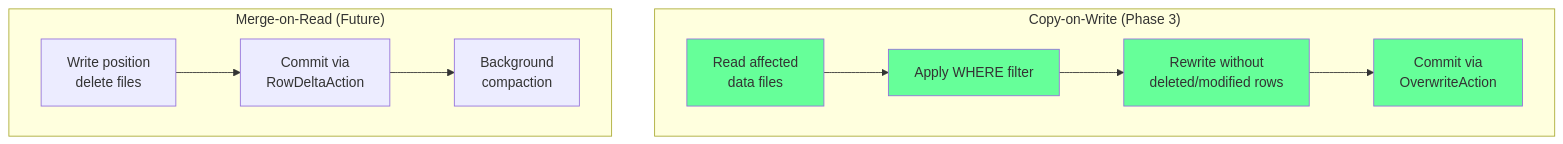
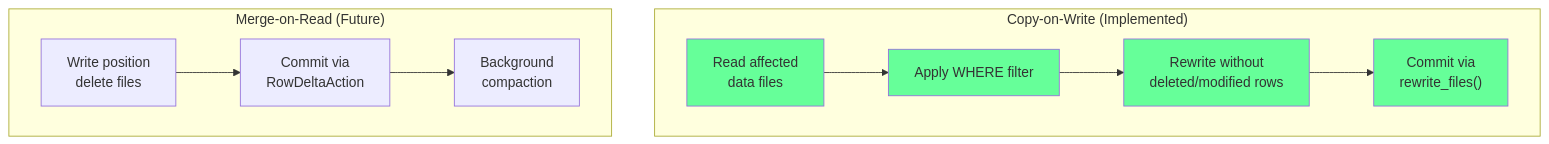
Before and after one commit to schubergphilis/sqe: the second of 4 diagrams in docs/book/src/development/roadmap.md, drawn with Mermaid. The commit also changed other lines of this file and 10 other files, not shown here.

````diff
--- a/docs/book/src/development/roadmap.md
+++ b/docs/book/src/development/roadmap.md
@@ -109,18 +75,18 @@
 ```mermaid
 graph TB
-    subgraph "Copy-on-Write (Phase 3)"
+    subgraph "Copy-on-Write (Implemented)"
         READ["Read affected<br/>data files"] --> FILTER["Apply WHERE filter"]
         FILTER --> REWRITE["Rewrite without<br/>deleted/modified rows"]
-        REWRITE --> COMMIT["Commit via<br/>OverwriteAction"]
+        REWRITE --> COMMIT["Commit via<br/>rewrite_files()"]
     end
 
     subgraph "Merge-on-Read (Future)"
         DELFILE["Write position<br/>delete files"] --> COMMITDEL["Commit via<br/>RowDeltaAction"]
         COMMITDEL --> COMPACT["Background<br/>compaction"]
     end
 
     style READ fill:#6f9
     style FILTER fill:#6f9
     style REWRITE fill:#6f9
     style COMMIT fill:#6f9
 ```
````
